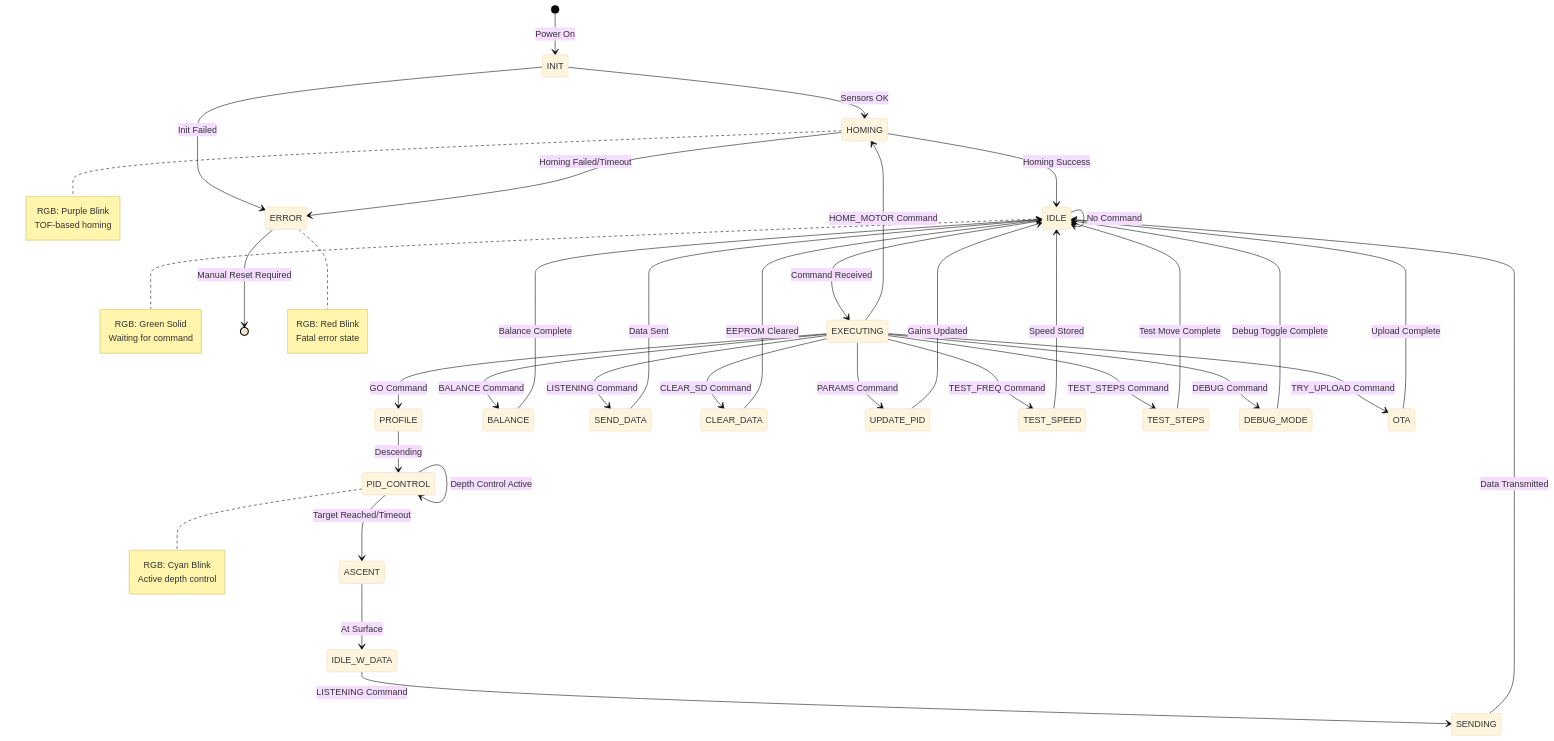
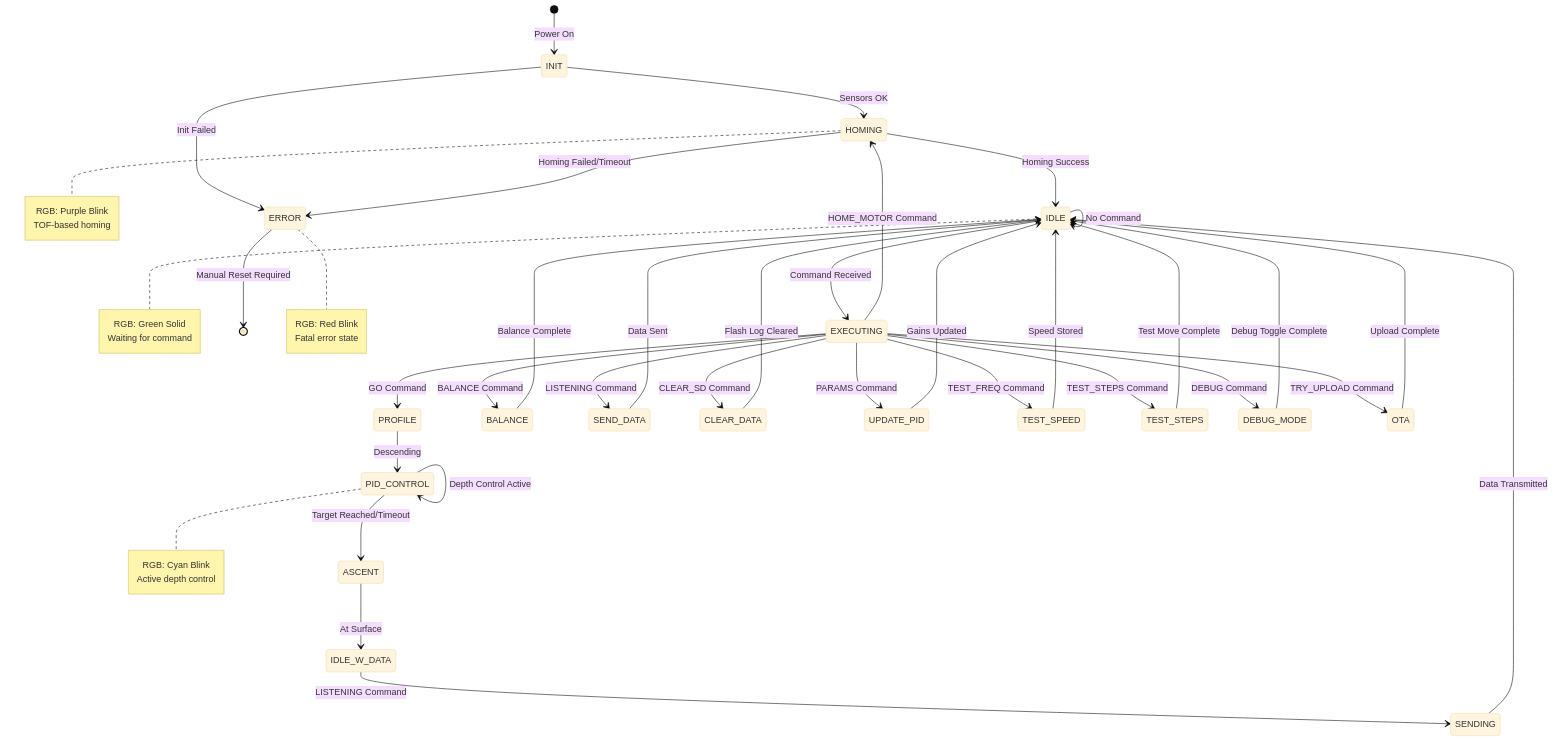
One commit to PoliTOcean/Float_2025 changed the second of 4 diagrams in README.md. Above: the diagram before and after it, drawn with Mermaid (base theme). The commit also changed other lines of this file, not shown here.

````diff
--- a/README.md
+++ b/README.md
@@ -243,63 +243,63 @@
 ```mermaid
 stateDiagram-v2
     [*] --> INIT: Power On
     
     INIT --> HOMING: Sensors OK
     INIT --> ERROR: Init Failed
     
     HOMING --> IDLE: Homing Success
     HOMING --> ERROR: Homing Failed/Timeout
     
     IDLE --> EXECUTING: Command Received
     IDLE --> IDLE: No Command
     
     EXECUTING --> PROFILE: GO Command
     EXECUTING --> BALANCE: BALANCE Command
     EXECUTING --> SEND_DATA: LISTENING Command
     EXECUTING --> CLEAR_DATA: CLEAR_SD Command
     EXECUTING --> UPDATE_PID: PARAMS Command
     EXECUTING --> TEST_SPEED: TEST_FREQ Command
     EXECUTING --> TEST_STEPS: TEST_STEPS Command
     EXECUTING --> DEBUG_MODE: DEBUG Command
     EXECUTING --> HOMING: HOME_MOTOR Command
     EXECUTING --> OTA: TRY_UPLOAD Command
     
     PROFILE --> PID_CONTROL: Descending
     PID_CONTROL --> PID_CONTROL: Depth Control Active
     PID_CONTROL --> ASCENT: Target Reached/Timeout
     ASCENT --> IDLE_W_DATA: At Surface
     
     BALANCE --> IDLE: Balance Complete
     SEND_DATA --> IDLE: Data Sent
-    CLEAR_DATA --> IDLE: EEPROM Cleared
+    CLEAR_DATA --> IDLE: Flash Log Cleared
     UPDATE_PID --> IDLE: Gains Updated
     TEST_SPEED --> IDLE: Speed Stored
     TEST_STEPS --> IDLE: Test Move Complete
     DEBUG_MODE --> IDLE: Debug Toggle Complete
     OTA --> IDLE: Upload Complete
     
     IDLE_W_DATA --> SENDING: LISTENING Command
     SENDING --> IDLE: Data Transmitted
     
     ERROR --> [*]: Manual Reset Required
     
     note right of IDLE
         RGB: Green Solid
         Waiting for command
     end note
     
     note right of HOMING
         RGB: Purple Blink
         TOF-based homing
     end note
     
     note right of PID_CONTROL
         RGB: Cyan Blink
         Active depth control
     end note
     
     note right of ERROR
         RGB: Red Blink
         Fatal error state
     end note
 ```
````
